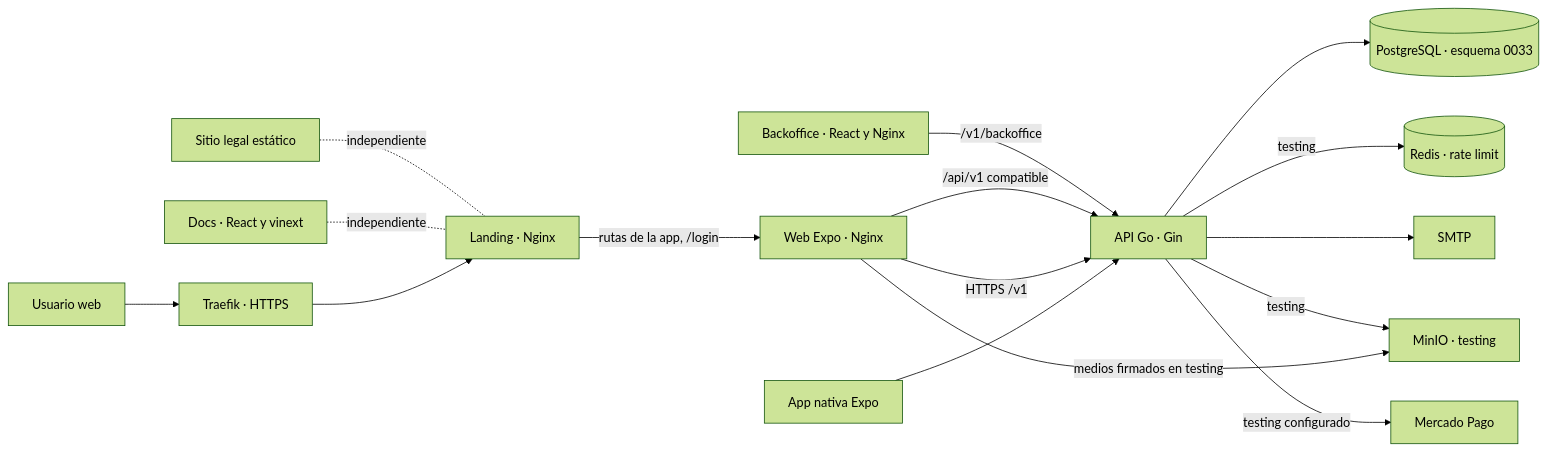
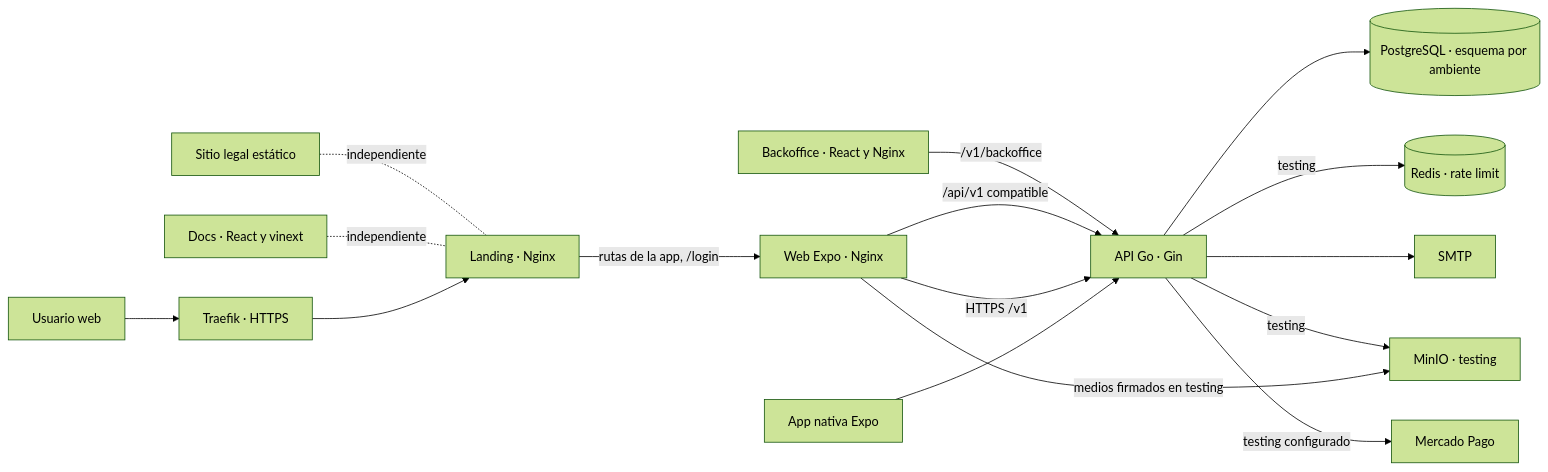
The diagram in docs/architecture/02-containers.md (gagonzalez1/puntazo-docs), drawn with Mermaid (forest theme) before and after one commit. The commit also changed other lines of this file and 16 other files, not shown here.

````diff
--- a/docs/architecture/02-containers.md
+++ b/docs/architecture/02-containers.md
@@ -19,22 +19,22 @@
 ```mermaid
 flowchart LR
  U[Usuario web] --> T[Traefik · HTTPS]
  T --> L[Landing · Nginx]
  L -->|rutas de la app, /login| W[Web Expo · Nginx]
  N[App nativa Expo] --> API[API Go · Gin]
  W -->|HTTPS /v1| API
  W -->|/api/v1 compatible| API
  W -->|medios firmados en testing| S[MinIO · testing]
  B[Backoffice · React y Nginx] -->|/v1/backoffice| API
- API --> DB[(PostgreSQL · esquema 0033)]
+ API --> DB[(PostgreSQL · esquema por ambiente)]
  API -->|testing| R[(Redis · rate limit)]
  API -->|testing| S
  API --> E[SMTP]
  API -->|testing configurado| MP[Mercado Pago]
  D[Docs · React y vinext] -. independiente .- L
  LEG[Sitio legal estático] -. independiente .- L
  click API href "#/backend-components" "Ver backend"
  click W href "#/frontend-components" "Ver frontend"
  click DB href "#/data-current" "Ver datos"
  click B href "#/backoffice-architecture" "Ver Backoffice"
 ```
````
